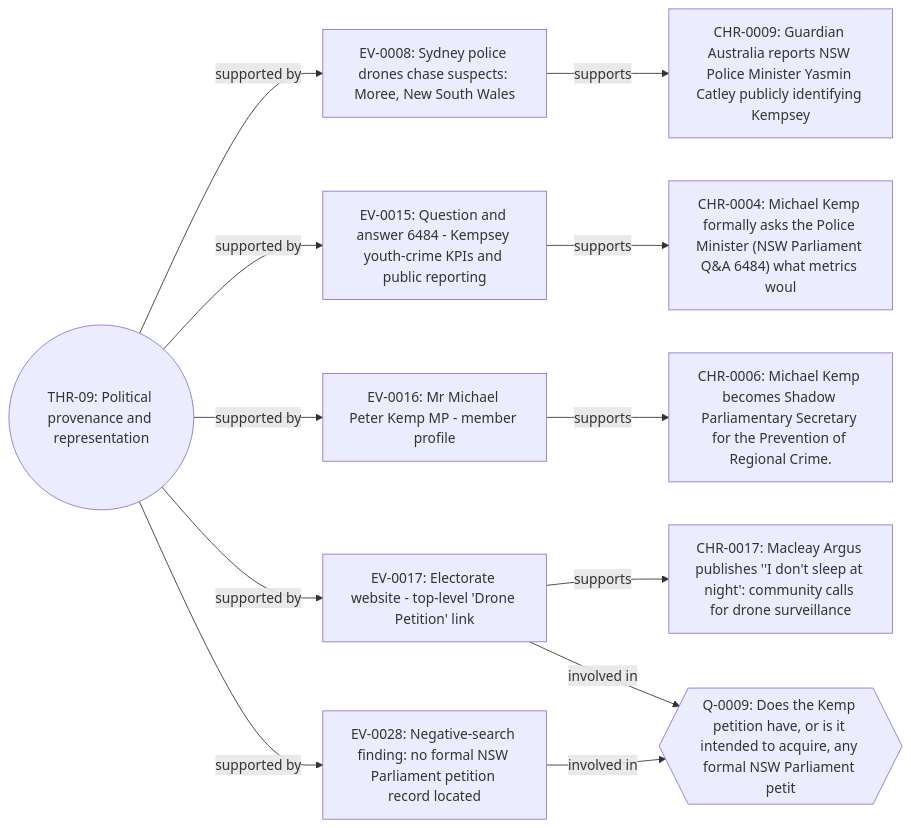
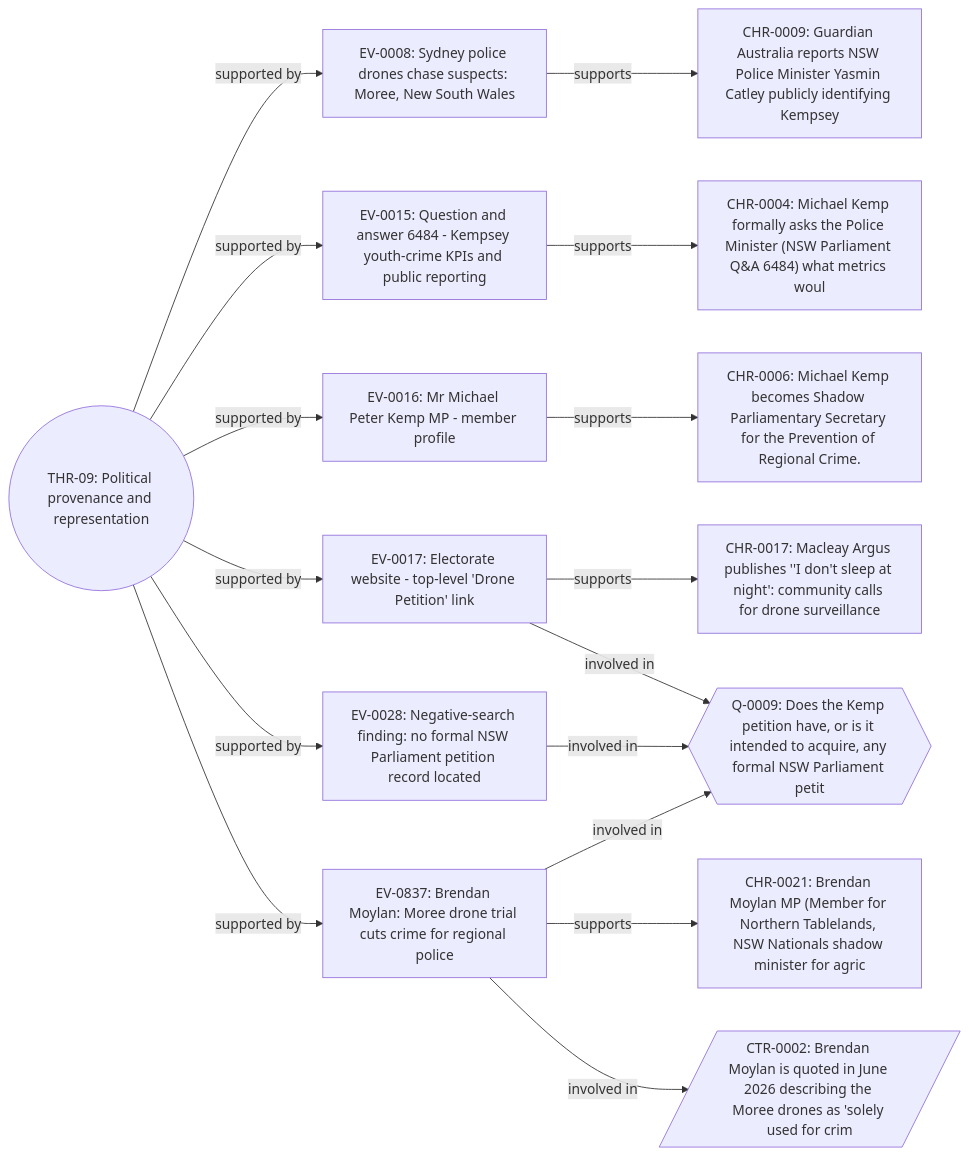
Diagram 24 of 34 in docs/RELATIONSHIP_MAP.md (mayhem82/mayhem-investigations), drawn with Mermaid before and after one commit. The commit also changed other lines of this file, not shown here.

````diff
--- a/docs/RELATIONSHIP_MAP.md
+++ b/docs/RELATIONSHIP_MAP.md
@@ -733,25 +752,32 @@
 ```mermaid
 flowchart LR
   DFAPTI_MNC_2026_00001_THRD_THR_09(("THR-09: Political provenance and representation"))
   DFAPTI_MNC_2026_00001_EVID_EV_0008["EV-0008: Sydney police drones chase suspects: Moree, New South Wales"]
   DFAPTI_MNC_2026_00001_EVID_EV_0015["EV-0015: Question and answer 6484 - Kempsey youth-crime KPIs and public reporting"]
   DFAPTI_MNC_2026_00001_EVID_EV_0016["EV-0016: Mr Michael Peter Kemp MP - member profile"]
   DFAPTI_MNC_2026_00001_EVID_EV_0017["EV-0017: Electorate website - top-level 'Drone Petition' link"]
   DFAPTI_MNC_2026_00001_EVID_EV_0028["EV-0028: Negative-search finding: no formal NSW Parliament petition record located"]
+  DFAPTI_MNC_2026_00001_EVID_EV_0837["EV-0837: Brendan Moylan: Moree drone trial cuts crime for regional police"]
   DFAPTI_MNC_2026_00001_CHRO_CHR_0009["CHR-0009: Guardian Australia reports NSW Police Minister Yasmin Catley publicly identifying Kempsey "]
   DFAPTI_MNC_2026_00001_CHRO_CHR_0004["CHR-0004: Michael Kemp formally asks the Police Minister (NSW Parliament Q&A 6484) what metrics woul"]
   DFAPTI_MNC_2026_00001_CHRO_CHR_0006["CHR-0006: Michael Kemp becomes Shadow Parliamentary Secretary for the Prevention of Regional Crime."]
   DFAPTI_MNC_2026_00001_CHRO_CHR_0017["CHR-0017: Macleay Argus publishes ''I don't sleep at night': community calls for drone surveillance "]
   DFAPTI_MNC_2026_00001_QUES_Q_0009{{"Q-0009: Does the Kemp petition have, or is it intended to acquire, any formal NSW Parliament petit"}}
+  DFAPTI_MNC_2026_00001_CHRO_CHR_0021["CHR-0021: Brendan Moylan MP (Member for Northern Tablelands, NSW Nationals shadow minister for agric"]
+  DFAPTI_MNC_2026_00001_CTRD_CTR_0002[/"CTR-0002: Brendan Moylan is quoted in June 2026 describing the Moree drones as 'solely used for crim"/]
   DFAPTI_MNC_2026_00001_THRD_THR_09 -- "supported by" --> DFAPTI_MNC_2026_00001_EVID_EV_0008
   DFAPTI_MNC_2026_00001_THRD_THR_09 -- "supported by" --> DFAPTI_MNC_2026_00001_EVID_EV_0015
   DFAPTI_MNC_2026_00001_THRD_THR_09 -- "supported by" --> DFAPTI_MNC_2026_00001_EVID_EV_0016
   DFAPTI_MNC_2026_00001_THRD_THR_09 -- "supported by" --> DFAPTI_MNC_2026_00001_EVID_EV_0017
   DFAPTI_MNC_2026_00001_THRD_THR_09 -- "supported by" --> DFAPTI_MNC_2026_00001_EVID_EV_0028
+  DFAPTI_MNC_2026_00001_THRD_THR_09 -- "supported by" --> DFAPTI_MNC_2026_00001_EVID_EV_0837
   DFAPTI_MNC_2026_00001_EVID_EV_0008 -- "supports" --> DFAPTI_MNC_2026_00001_CHRO_CHR_0009
   DFAPTI_MNC_2026_00001_EVID_EV_0015 -- "supports" --> DFAPTI_MNC_2026_00001_CHRO_CHR_0004
   DFAPTI_MNC_2026_00001_EVID_EV_0016 -- "supports" --> DFAPTI_MNC_2026_00001_CHRO_CHR_0006
   DFAPTI_MNC_2026_00001_EVID_EV_0017 -- "supports" --> DFAPTI_MNC_2026_00001_CHRO_CHR_0017
   DFAPTI_MNC_2026_00001_EVID_EV_0017 -- "involved in" --> DFAPTI_MNC_2026_00001_QUES_Q_0009
   DFAPTI_MNC_2026_00001_EVID_EV_0028 -- "involved in" --> DFAPTI_MNC_2026_00001_QUES_Q_0009
+  DFAPTI_MNC_2026_00001_EVID_EV_0837 -- "supports" --> DFAPTI_MNC_2026_00001_CHRO_CHR_0021
+  DFAPTI_MNC_2026_00001_EVID_EV_0837 -- "involved in" --> DFAPTI_MNC_2026_00001_CTRD_CTR_0002
+  DFAPTI_MNC_2026_00001_EVID_EV_0837 -- "involved in" --> DFAPTI_MNC_2026_00001_QUES_Q_0009
 ```
````
